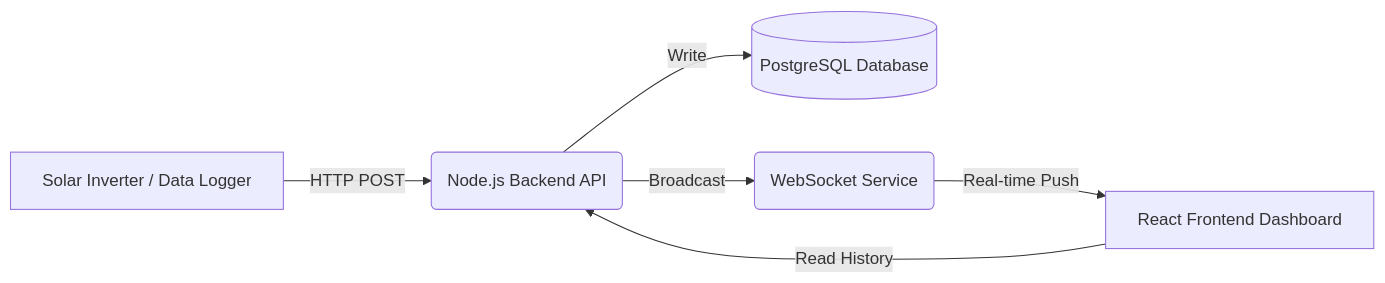
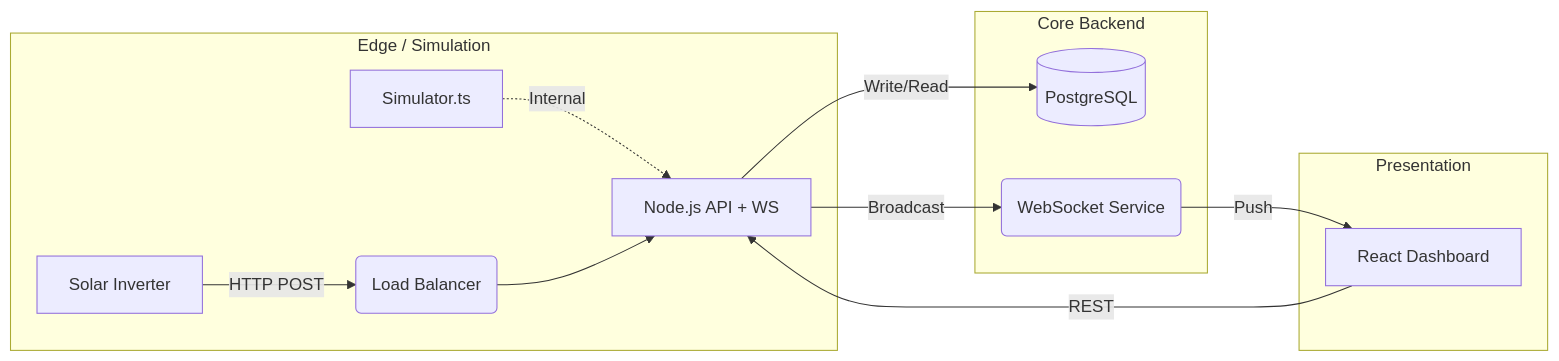
One commit to YashBhardwaj21/powertrack-v2 changed the diagram in README.md. Above: the diagram before and after it, drawn with Mermaid. The commit also changed other lines of this file, not shown here.

````diff
--- a/README.md
+++ b/README.md
@@ -19,8 +61,18 @@
 ```mermaid
 graph LR
-    A[Solar Inverter / Data Logger] -->|HTTP POST| B(Node.js Backend API)
-    B -->|Write| C[(PostgreSQL Database)]
-    B -->|Broadcast| D(WebSocket Service)
-    D -->|Real-time Push| E[React Frontend Dashboard]
-    E -->|Read History| B
+    subgraph "Edge / Simulation"
+        A[Solar Inverter] -->|HTTP POST| B(Load Balancer)
+        S[Simulator.ts] -.->|Internal| C(API Server)
+    end
+
+    subgraph "Core Backend"
+        B --> C[Node.js API + WS]
+        C -->|Write/Read| D[(PostgreSQL)]
+        C -->|Broadcast| E(WebSocket Service)
+    end
+
+    subgraph "Presentation"
+        E -->|Push| F[React Dashboard]
+        F -->|REST| C
+    end
 ```
````
